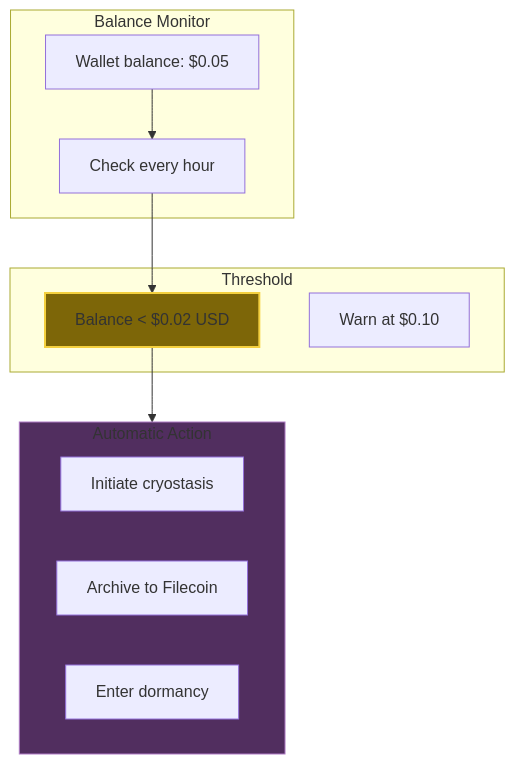
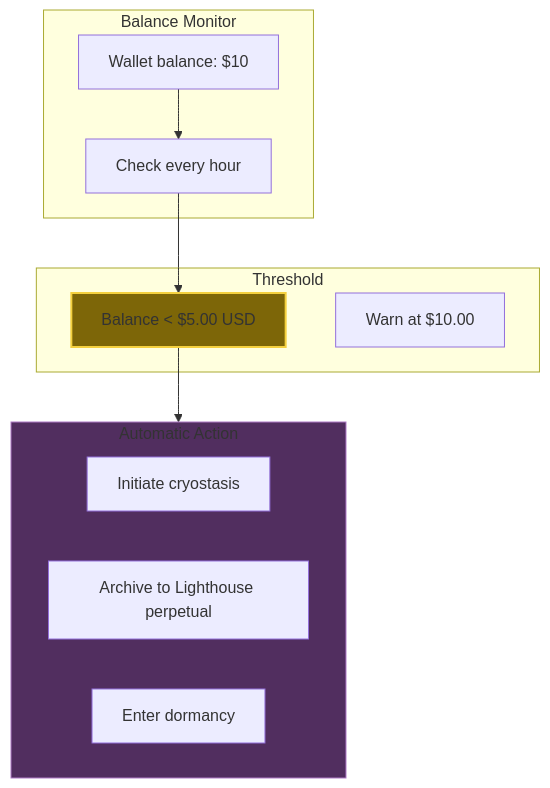
Before and after one commit to KestrelSovereignAI/kestrel-sovereign: the second of 11 diagrams in docs/diagrams/data-architecture/DA-07-cryostasis.md, drawn with Mermaid. The commit also changed other lines of this file and 11 other files, not shown here.

First line of the commit message:
fix: Correct Lighthouse pricing from raw Filecoin rates to actual perpetual costs

````diff
--- a/docs/diagrams/data-architecture/DA-07-cryostasis.md
+++ b/docs/diagrams/data-architecture/DA-07-cryostasis.md
@@ -42,23 +42,23 @@
 ```mermaid
 graph TD
     subgraph monitor["Balance Monitor"]
-        BAL["Wallet balance: $0.05"]
+        BAL["Wallet balance: $10"]
         CHECK["Check every hour"]
     end
 
     subgraph threshold["Threshold"]
-        TRIG["Balance < $0.02 USD"]
-        WARN["Warn at $0.10"]
+        TRIG["Balance < $5.00 USD"]
+        WARN["Warn at $10.00"]
     end
 
     subgraph action["Automatic Action"]
         A1["Initiate cryostasis"]
-        A2["Archive to Filecoin"]
+        A2["Archive to Lighthouse perpetual"]
         A3["Enter dormancy"]
     end
 
     BAL --> CHECK --> TRIG --> action
 
     style TRIG fill:#7d6608,stroke:#f4d03f,stroke-width:2px
     style action fill:#512e5f,stroke:#af7ac5
 ```
````
